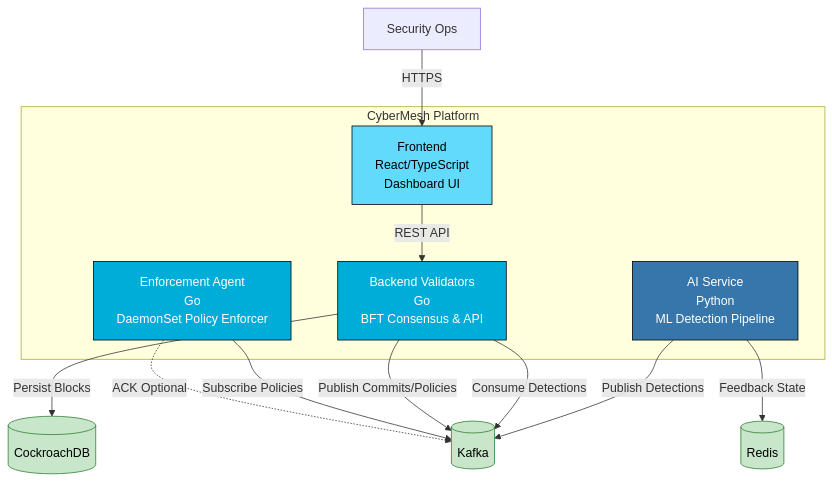
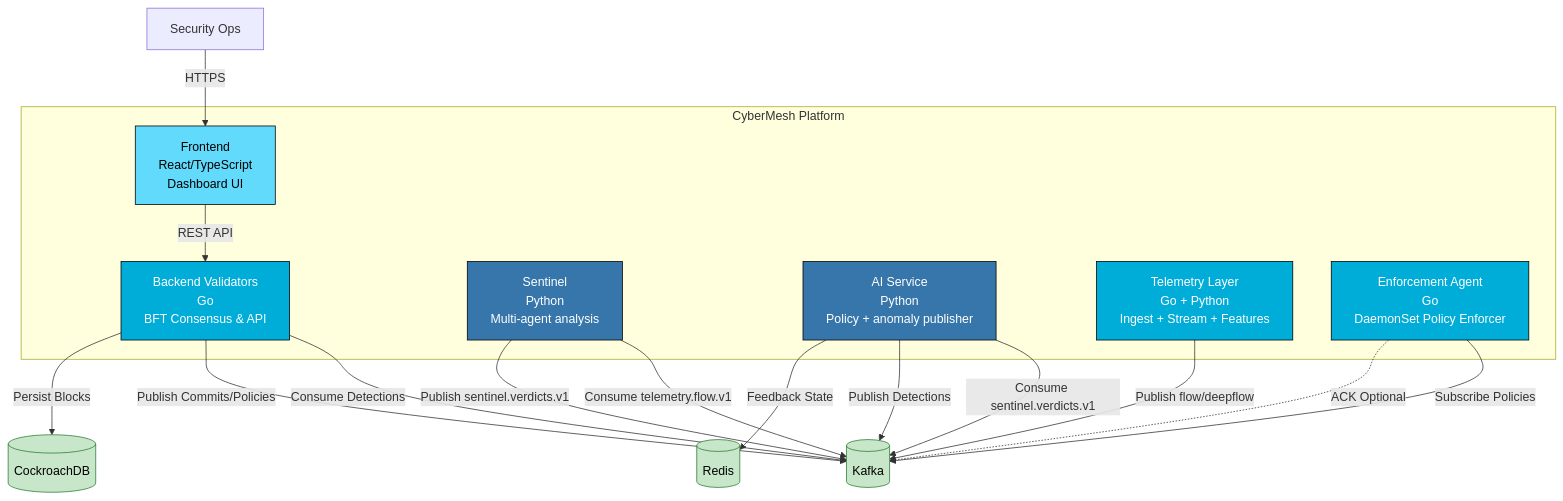
The second of 7 diagrams in docs/design/HLD.md (EveShark/CyberMesh), drawn with Mermaid before and after one commit. The commit also changed other lines of this file and 49 other files, not shown here.

````diff
--- a/docs/design/HLD.md
+++ b/docs/design/HLD.md
@@ -76,35 +80,42 @@
 ```mermaid
 graph TB
     User[Security Ops]
     
     subgraph CyberMesh["CyberMesh Platform"]
         FE[Frontend<br/>React/TypeScript<br/>Dashboard UI]
         BE[Backend Validators<br/>Go<br/>BFT Consensus & API]
-        AI[AI Service<br/>Python<br/>ML Detection Pipeline]
+        S[Sentinel<br/>Python<br/>Multi-agent analysis]
+        AI[AI Service<br/>Python<br/>Policy + anomaly publisher]
+        TL[Telemetry Layer<br/>Go + Python<br/>Ingest + Stream + Features]
         Agent[Enforcement Agent<br/>Go<br/>DaemonSet Policy Enforcer]
     end
     
     Kafka[(Kafka)]
     DB[(CockroachDB)]
     Redis[(Redis)]
     
     User -->|HTTPS| FE
     FE -->|REST API| BE
+    TL -->|Publish flow/deepflow| Kafka
+    S -->|Consume telemetry.flow.v1| Kafka
+    S -->|Publish sentinel.verdicts.v1| Kafka
+    AI -->|Consume sentinel.verdicts.v1| Kafka
     AI -->|Publish Detections| Kafka
     BE -->|Consume Detections| Kafka
     BE -->|Publish Commits/Policies| Kafka
     BE -->|Persist Blocks| DB
     AI -->|Feedback State| Redis
     Agent -->|Subscribe Policies| Kafka
     Agent -.->|ACK Optional| Kafka
     
     classDef frontend fill:#61dafb,stroke:#000,color:#000;
     classDef backend fill:#00add8,stroke:#000,color:#fff;
     classDef ai fill:#3776ab,stroke:#000,color:#fff;
     classDef data fill:#c8e6c9,stroke:#2e7d32,color:#000;
     
     class FE frontend;
     class BE,Agent backend;
-    class AI ai;
+    class S,AI ai;
+    class TL backend;
     class Kafka,DB,Redis data;
 ```
````
